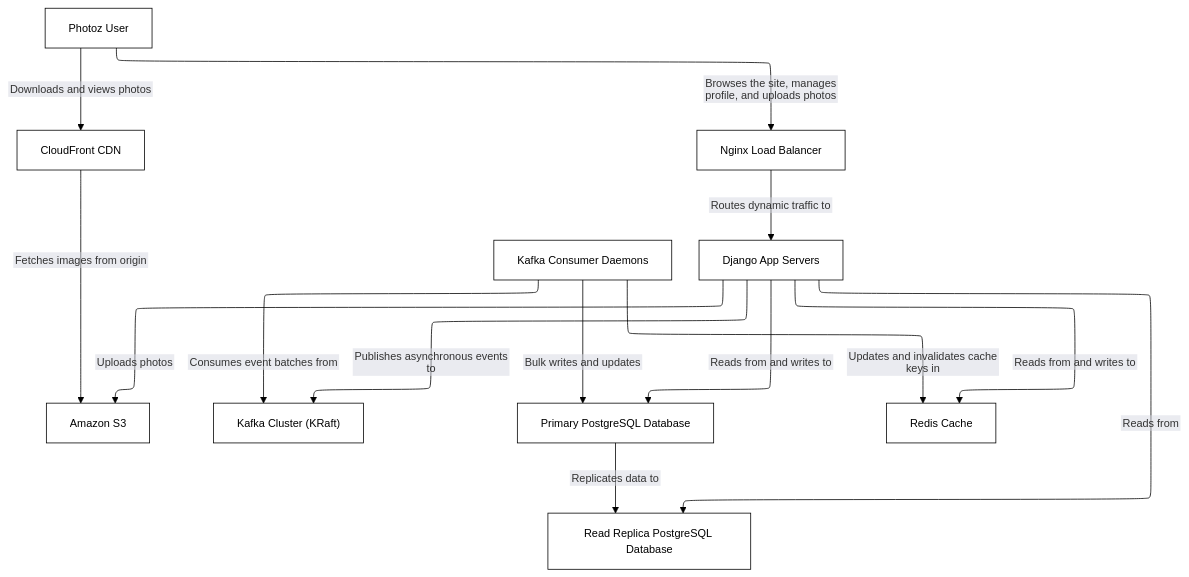
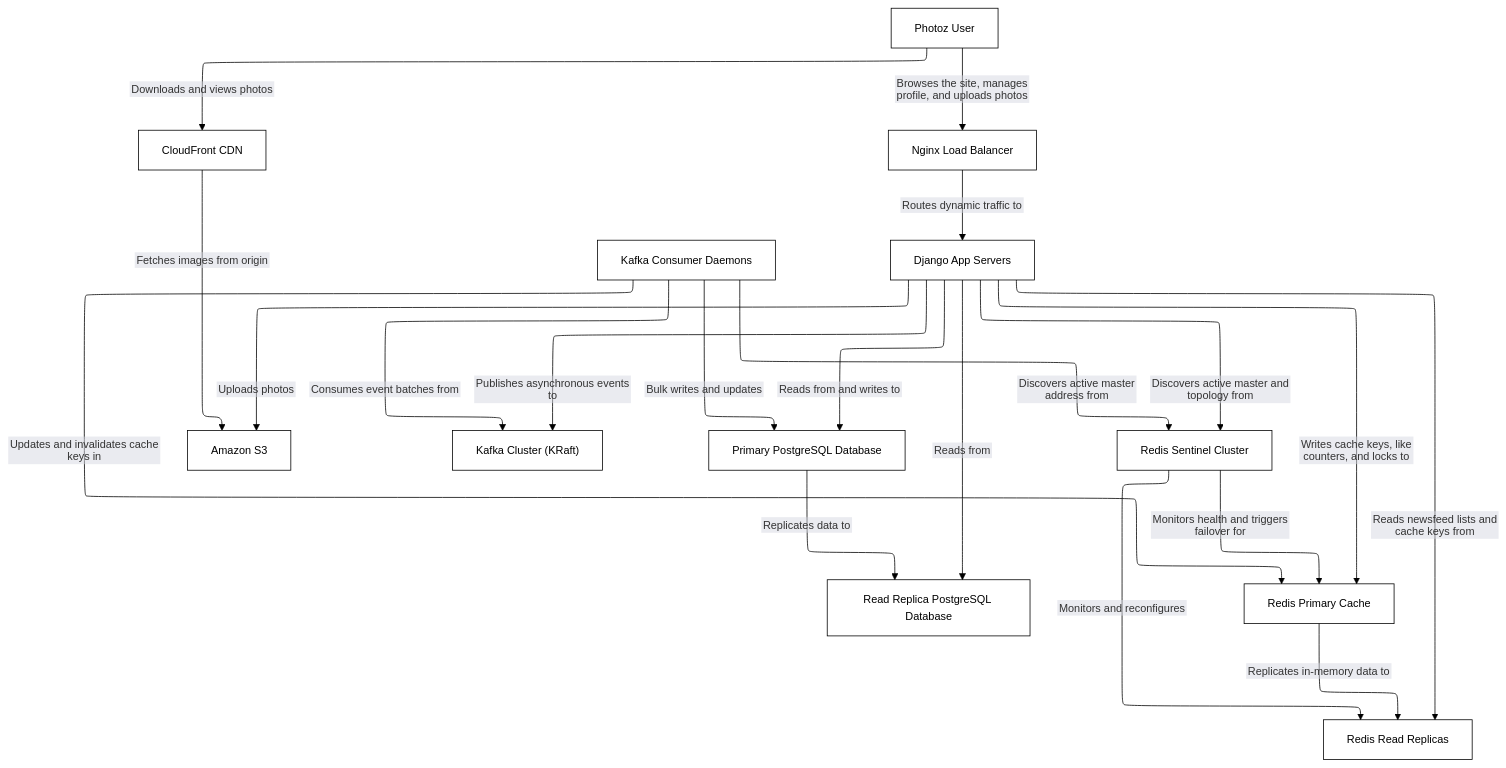
One commit to msdeep14/systemdesign-from-scratch changed the diagram in photoz/architecture/docs/docs/index.md. Above: the diagram before and after it, drawn with Mermaid. The commit also changed other lines of this file and 7 other files, not shown here.

````diff
--- a/photoz/architecture/docs/docs/index.md
+++ b/photoz/architecture/docs/docs/index.md
@@ -14,47 +14,55 @@
 ```mermaid
 ---
 config:
   theme: base
   themeVariables:
     fontFamily: -apple-system, BlinkMacSystemFont, 'Segoe WPC', 'Segoe UI', system-ui, 'Ubuntu', sans-serif
     darkMode: false
     fontSize: 14px
     edgeLabelBackground: '#d5d7e1'
     lineColor: '#000000'
 ---
 %%{init: {"layout": "elk", "flowchart": {"htmlLabels": false}}}%%
 flowchart TB
 classDef boundary fill:#ffffff,stroke:#000000,stroke-dasharray: 5 4,stroke-width:1px,color:#000000;
 classDef node fill:#ffffff,stroke:#000000,stroke-width:1px,color:#000000;
 classDef iface fill:#ffffff,stroke:#000000,stroke-width:1px,font-size:10px,color:#000000;
 classDef highlight fill:#ffffff,stroke:#000000,stroke-width:1px,color:#000000;
 
 
     s3["Amazon S3"]:::node
     kafka-cluster["Kafka Cluster (KRaft)"]:::node
     kafka-consumers["Kafka Consumer Daemons"]:::node
     cdn["CloudFront CDN"]:::node
     web-app["Django App Servers"]:::node
     load-balancer["Nginx Load Balancer"]:::node
     node_end-user["Photoz User"]:::node
     primary-db["Primary PostgreSQL Database"]:::node
     replica-db["Read Replica PostgreSQL Database"]:::node
-    cache["Redis Cache"]:::node
+    redis-primary["Redis Primary Cache"]:::node
+    redis-replica["Redis Read Replicas"]:::node
+    redis-sentinel["Redis Sentinel Cluster"]:::node
 
     load-balancer -->|Routes dynamic traffic to| web-app
     web-app -->|Reads from and writes to| primary-db
     web-app -->|Reads from| replica-db
     primary-db -->|Replicates data to| replica-db
-    web-app -->|Reads from and writes to| cache
+    web-app -->|Discovers active master and topology from| redis-sentinel
+    web-app -->|Writes cache keys, like counters, and locks to| redis-primary
+    web-app -->|Reads newsfeed lists and cache keys from| redis-replica
+    redis-primary -->|Replicates in-memory data to| redis-replica
+    redis-sentinel -->|Monitors health and triggers failover for| redis-primary
+    redis-sentinel -->|Monitors and reconfigures| redis-replica
     web-app -->|Uploads photos| s3
     cdn -->|Fetches images from origin| s3
     node_end-user -->|Browses the site, manages profile, and uploads photos| load-balancer
     node_end-user -->|Downloads and views photos| cdn
     web-app -->|Publishes asynchronous events to| kafka-cluster
     kafka-consumers -->|Consumes event batches from| kafka-cluster
     kafka-consumers -->|Bulk writes and updates| primary-db
-    kafka-consumers -->|Updates and invalidates cache keys in| cache
+    kafka-consumers -->|Updates and invalidates cache keys in| redis-primary
+    kafka-consumers -->|Discovers active master address from| redis-sentinel
 
 
 
 ```
````
